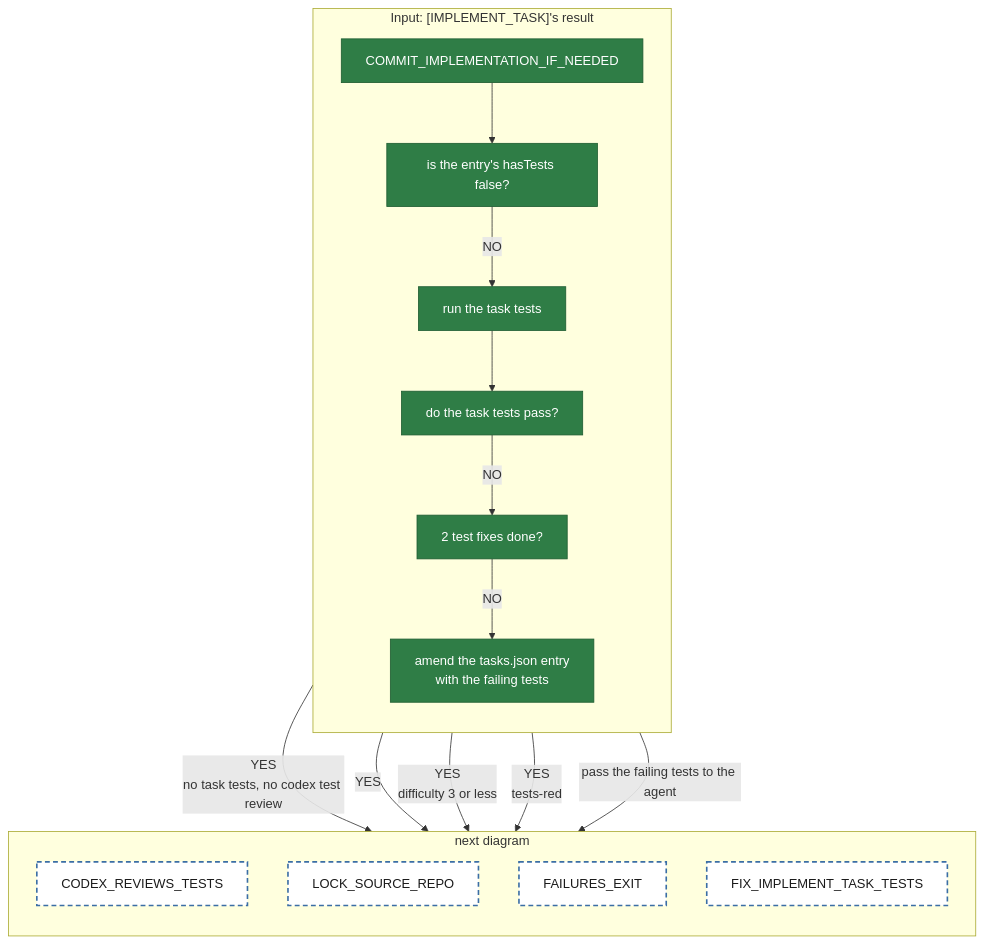
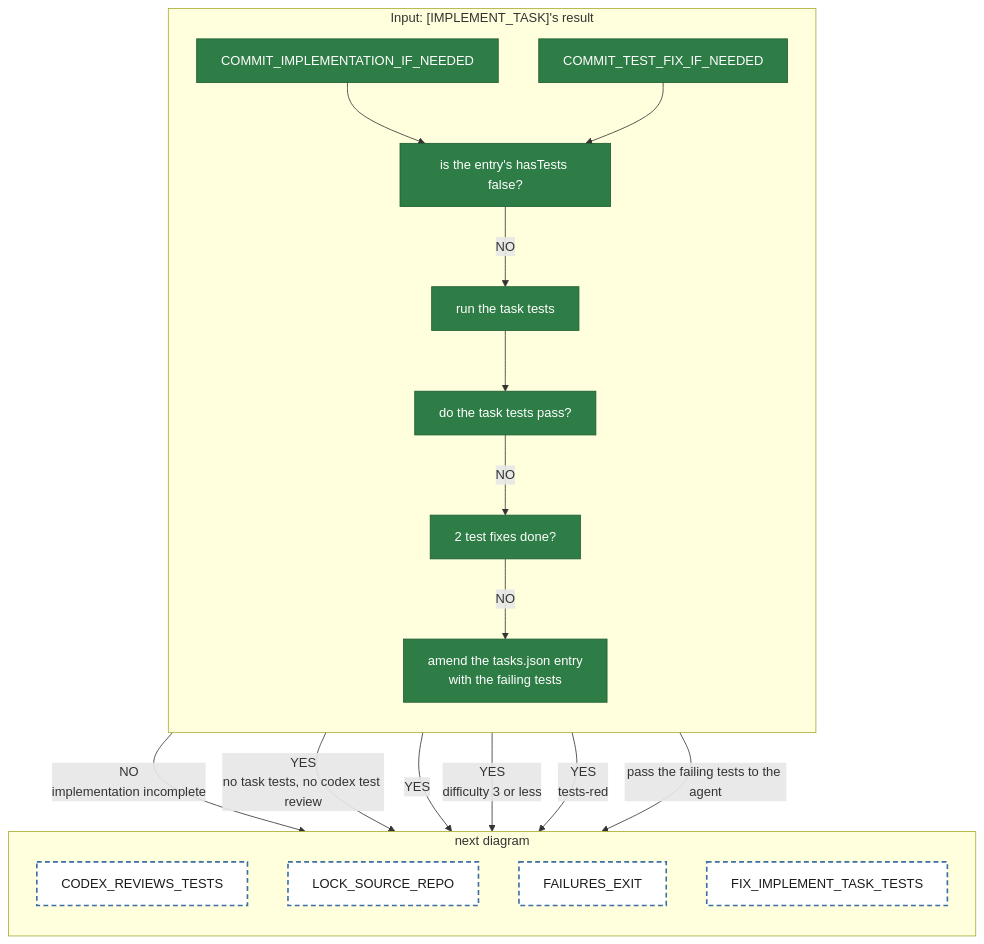
The diagram in diagrams/tackle-tasks/pipeline-commitImplementationIfNeeded.mmd (matkatmusic/taskTools), drawn with Mermaid before and after one commit. The commit also changed 99 other files, not shown here.

First line of the commit message:
Add acceptance tests for tackle-tasks workflow and enhance task file seeding

```diff
--- a/diagrams/tackle-tasks/pipeline-commitImplementationIfNeeded.mmd
+++ b/diagrams/tackle-tasks/pipeline-commitImplementationIfNeeded.mmd
@@ -1,39 +1,42 @@
 flowchart TB
 %% One agent() call. /run-step starts at COMMIT_IMPLEMENTATION_IF_NEEDED. Every path ends at an orange block or a dashed block.
 
   subgraph commitImplementationIfNeeded ["Input: [IMPLEMENT_TASK]'s result"]
     direction TB
     COMMIT_IMPLEMENTATION_IF_NEEDED["COMMIT_IMPLEMENTATION_IF_NEEDED"]
+    COMMIT_TEST_FIX_IF_NEEDED["COMMIT_TEST_FIX_IF_NEEDED"]
     ARE_TASK_TESTS_SKIPPED_Q["is the entry's hasTests false?"]
     RUN_TASK_TESTS["run the task tests"]
     DO_TASK_TESTS_PASS_Q["do the task tests pass?"]
     ARE_2_TEST_FIXES_DONE_Q["2 test fixes done?"]
     AMEND_ENTRY_WITH_FAILING_TESTS["amend the tasks.json entry<br/>with the failing tests"]
   end
   subgraph commitImplementationIfNeededNext ["next diagram"]
     direction TB
     CODEX_REVIEWS_TESTS["CODEX_REVIEWS_TESTS"]
     LOCK_SOURCE_REPO["LOCK_SOURCE_REPO"]
     FAILURES_EXIT["FAILURES_EXIT"]
     FIX_IMPLEMENT_TASK_TESTS["FIX_IMPLEMENT_TASK_TESTS"]
   end
   commitImplementationIfNeeded ~~~ commitImplementationIfNeededNext
 
   COMMIT_IMPLEMENTATION_IF_NEEDED --> ARE_TASK_TESTS_SKIPPED_Q
+  COMMIT_IMPLEMENTATION_IF_NEEDED -- "NO<br/>implementation incomplete" --> FAILURES_EXIT
+  COMMIT_TEST_FIX_IF_NEEDED --> ARE_TASK_TESTS_SKIPPED_Q
   ARE_TASK_TESTS_SKIPPED_Q -- "YES<br/>no task tests, no codex test review" --> LOCK_SOURCE_REPO
   ARE_TASK_TESTS_SKIPPED_Q -- "NO" --> RUN_TASK_TESTS
   RUN_TASK_TESTS --> DO_TASK_TESTS_PASS_Q
   DO_TASK_TESTS_PASS_Q -- "YES" --> CODEX_REVIEWS_TESTS
   DO_TASK_TESTS_PASS_Q -- "YES<br/>difficulty 3 or less" --> LOCK_SOURCE_REPO
   DO_TASK_TESTS_PASS_Q -- "NO" --> ARE_2_TEST_FIXES_DONE_Q
   ARE_2_TEST_FIXES_DONE_Q -- "NO" --> AMEND_ENTRY_WITH_FAILING_TESTS
   ARE_2_TEST_FIXES_DONE_Q -- "YES<br/>tests-red" --> FAILURES_EXIT
   AMEND_ENTRY_WITH_FAILING_TESTS -- "pass the failing tests to the agent" --> FIX_IMPLEMENT_TASK_TESTS
 
   classDef script fill:#2f7d46,stroke:#1e5c31,color:#ffffff
   classDef returns_a_prompt fill:#e07b39,stroke:#a8541f,color:#1a1a1a
   classDef fail fill:red,stroke:#254a70,color:#ffffff
   classDef output fill:#3b6ea5,stroke:#254a70,color:#ffffff
   classDef next_diagram fill:#ffffff,stroke:#3b6ea5,stroke-width:2px,stroke-dasharray:6 4,color:#1a1a1a
-  class COMMIT_IMPLEMENTATION_IF_NEEDED,ARE_TASK_TESTS_SKIPPED_Q,RUN_TASK_TESTS,DO_TASK_TESTS_PASS_Q,ARE_2_TEST_FIXES_DONE_Q,AMEND_ENTRY_WITH_FAILING_TESTS script
+  class COMMIT_IMPLEMENTATION_IF_NEEDED,COMMIT_TEST_FIX_IF_NEEDED,ARE_TASK_TESTS_SKIPPED_Q,RUN_TASK_TESTS,DO_TASK_TESTS_PASS_Q,ARE_2_TEST_FIXES_DONE_Q,AMEND_ENTRY_WITH_FAILING_TESTS script
   class CODEX_REVIEWS_TESTS,LOCK_SOURCE_REPO,FAILURES_EXIT,FIX_IMPLEMENT_TASK_TESTS next_diagram
```
